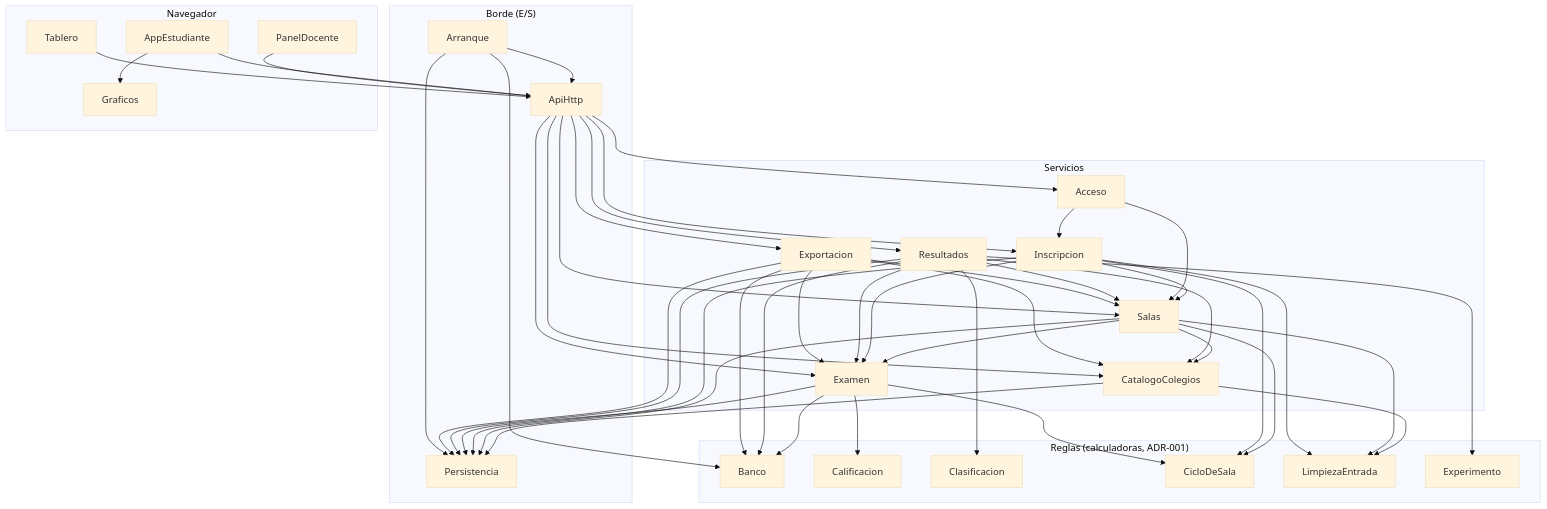
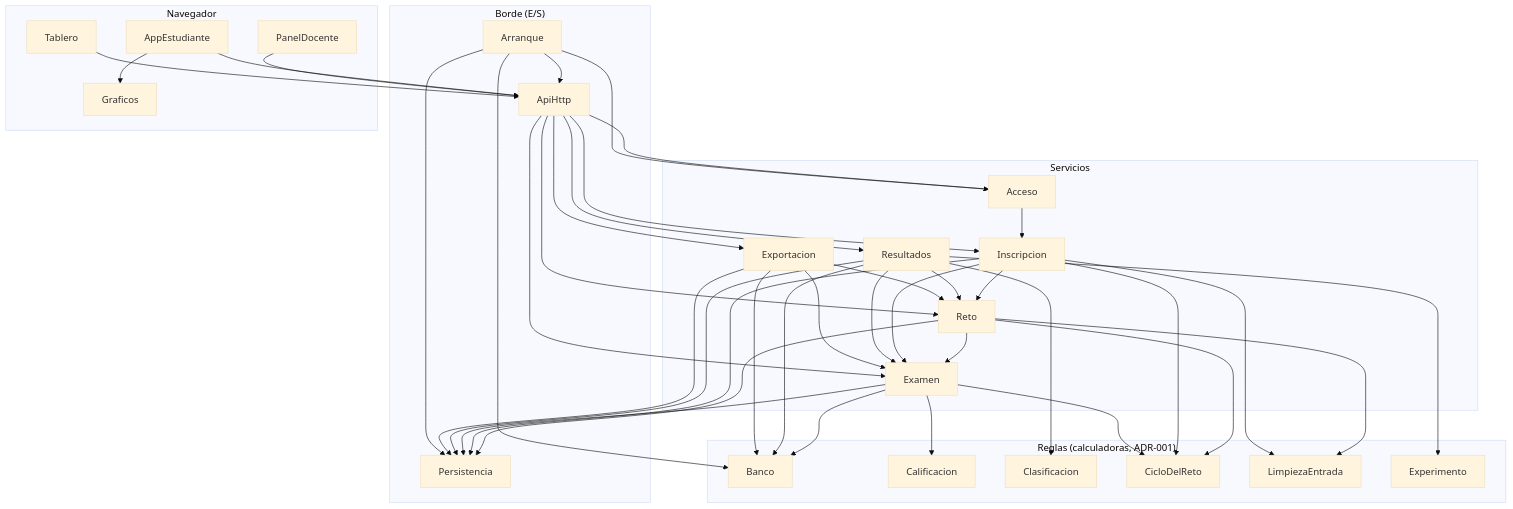
Before and after one commit to statistical-engineering/iest-sem-reto-desinformacion-colegios: the diagram in aidlc/spaces/default/intents/261024-publicar-reto-nube/inception/domain-design/components.md, drawn with Mermaid (base theme). The commit also changed other lines of this file and 19 other files, not shown here.

````diff
--- a/aidlc/spaces/default/intents/261024-publicar-reto-nube/inception/domain-design/components.md
+++ b/aidlc/spaces/default/intents/261024-publicar-reto-nube/inception/domain-design/components.md
@@ -25,75 +37,68 @@
 ```mermaid
 graph TD
   subgraph reglas["Reglas (calculadoras, ADR-001)"]
     Banco
     Calificacion
     Clasificacion
-    CicloDeSala
+    CicloDelReto
     LimpiezaEntrada
     Experimento
   end
   subgraph servicio["Servicios"]
-    CatalogoColegios
-    Salas
+    Reto
     Acceso
     Inscripcion
     Examen
     Resultados
     Exportacion
   end
   subgraph borde["Borde (E/S)"]
     ApiHttp
     Persistencia
     Arranque
   end
   subgraph cliente["Navegador"]
     AppEstudiante
     PanelDocente
     Tablero
     Graficos
   end
-  CatalogoColegios --> LimpiezaEntrada
-  CatalogoColegios --> Persistencia
-  Salas --> CicloDeSala
-  Salas --> LimpiezaEntrada
-  Salas --> CatalogoColegios
-  Salas --> Examen
-  Salas --> Persistencia
-  Inscripcion --> Salas
+  Reto --> CicloDelReto
+  Reto --> LimpiezaEntrada
+  Reto --> Examen
+  Reto --> Persistencia
+  Inscripcion --> Reto
   Inscripcion --> LimpiezaEntrada
-  Inscripcion --> CicloDeSala
+  Inscripcion --> CicloDelReto
   Inscripcion --> Examen
   Inscripcion --> Persistencia
-  Acceso --> Salas
   Acceso --> Inscripcion
   Examen --> Banco
   Examen --> Calificacion
-  Examen --> CicloDeSala
+  Examen --> CicloDelReto
   Examen --> Persistencia
   Resultados --> Examen
   Resultados --> Banco
   Resultados --> Clasificacion
   Resultados --> Experimento
-  Resultados --> Salas
-  Resultados --> CatalogoColegios
+  Resultados --> Reto
   Resultados --> Persistencia
   Exportacion --> Examen
-  Exportacion --> Salas
-  Exportacion --> CatalogoColegios
+  Exportacion --> Reto
   Exportacion --> Banco
   Exportacion --> Persistencia
   ApiHttp --> Acceso
-  ApiHttp --> Salas
-  ApiHttp --> CatalogoColegios
+  ApiHttp --> Reto
   ApiHttp --> Inscripcion
   ApiHttp --> Examen
   ApiHttp --> Resultados
   ApiHttp --> Exportacion
   Arranque --> ApiHttp
+  Arranque --> Acceso
   Arranque --> Banco
   Arranque --> Persistencia
   AppEstudiante --> ApiHttp
   AppEstudiante --> Graficos
   PanelDocente --> ApiHttp
   Tablero --> ApiHttp
 ```
````
